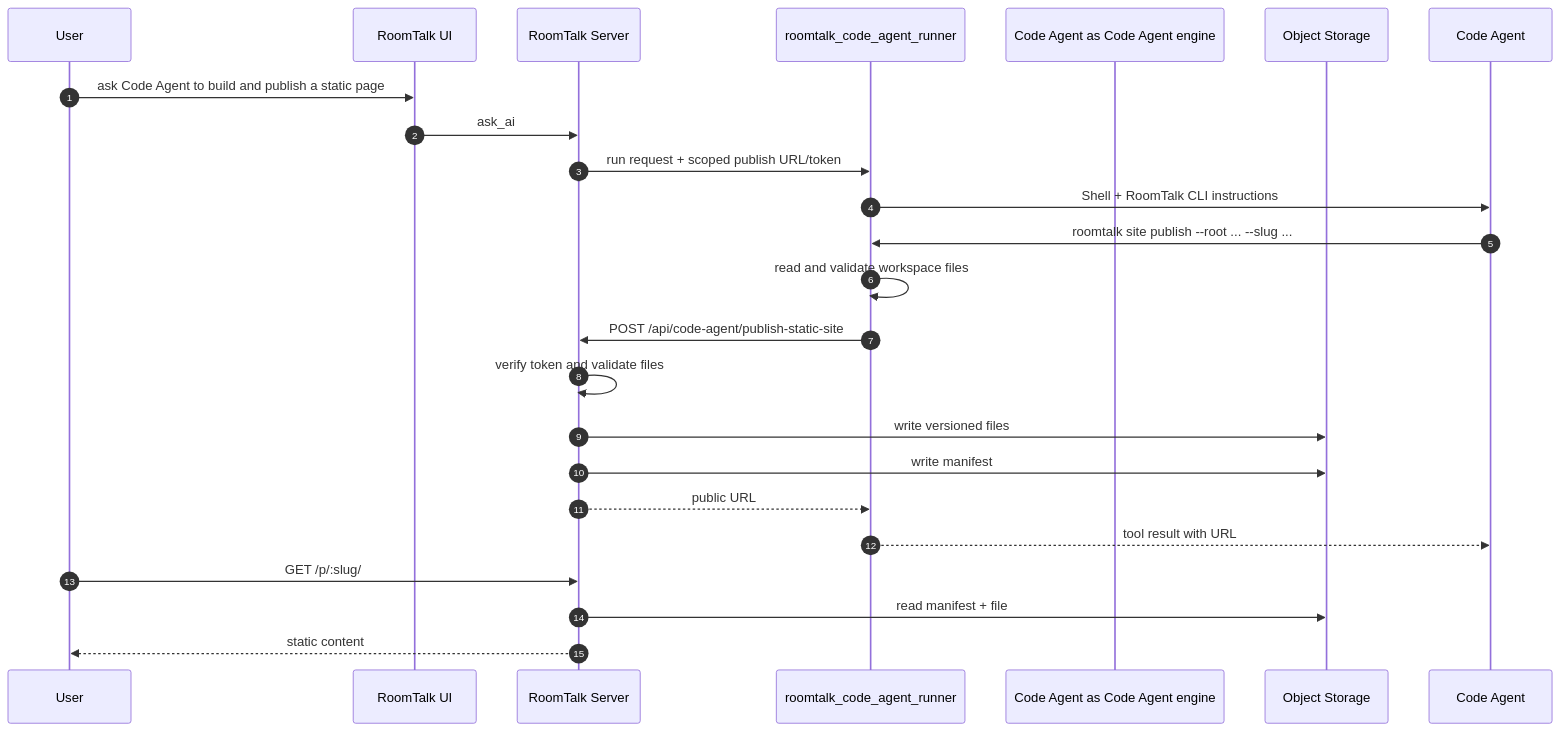
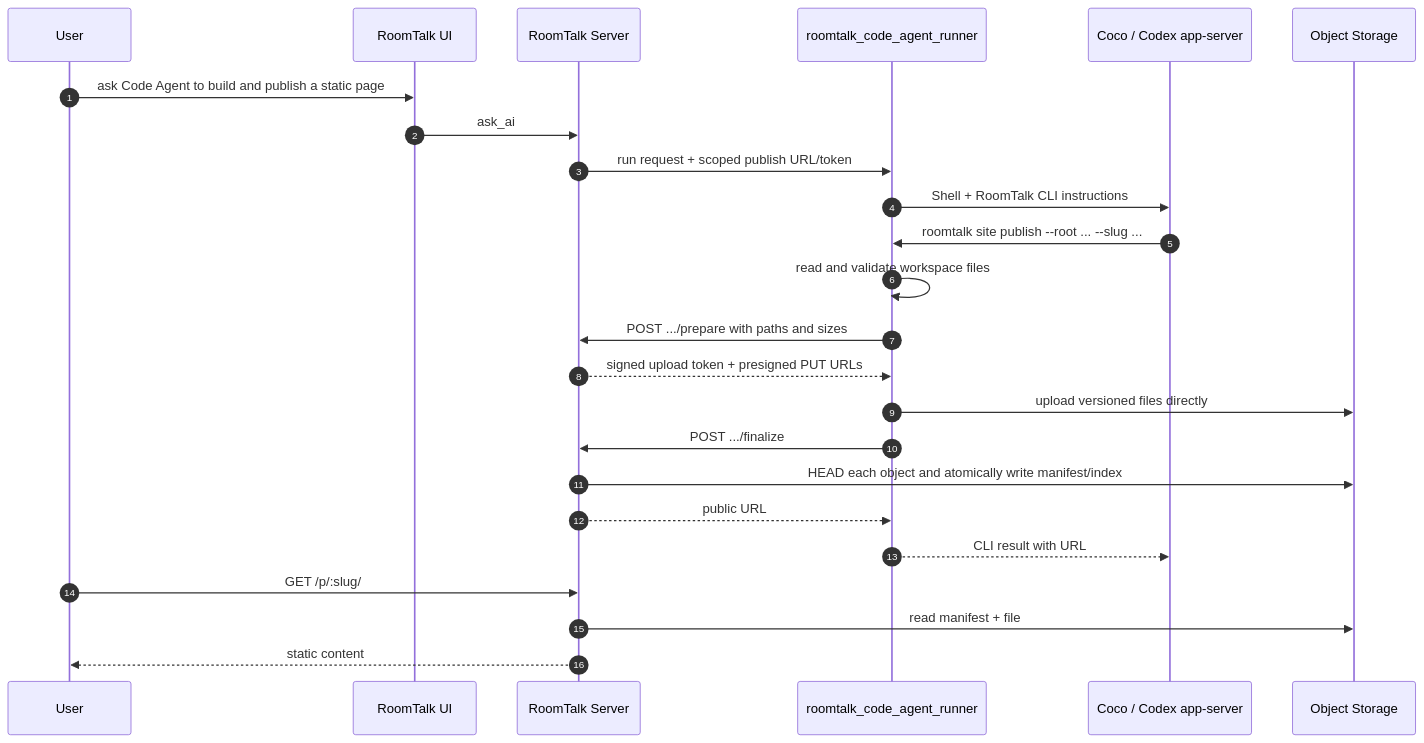
One commit to Skymore/roomtalk changed the diagram in docs/code-agent-static-publish-implementation.md. Above: the diagram before and after it, drawn with Mermaid. The commit also changed other lines of this file and 20 other files, not shown here.

````diff
--- a/docs/code-agent-static-publish-implementation.md
+++ b/docs/code-agent-static-publish-implementation.md
@@ -7,26 +7,27 @@
 ```mermaid
 sequenceDiagram
     autonumber
     participant User
     participant UI as RoomTalk UI
     participant Node as RoomTalk Server
     participant Runner as roomtalk_code_agent_runner
-    participant Code Agent as Code Agent engine
+    participant Agent as Coco / Codex app-server
     participant Store as Object Storage
 
     User->>UI: ask Code Agent to build and publish a static page
     UI->>Node: ask_ai
     Node->>Runner: run request + scoped publish URL/token
-    Runner->>Code Agent: Shell + RoomTalk CLI instructions
-    Code Agent->>Runner: roomtalk site publish --root ... --slug ...
+    Runner->>Agent: Shell + RoomTalk CLI instructions
+    Agent->>Runner: roomtalk site publish --root ... --slug ...
     Runner->>Runner: read and validate workspace files
-    Runner->>Node: POST /api/code-agent/publish-static-site
-    Node->>Node: verify token and validate files
-    Node->>Store: write versioned files
-    Node->>Store: write manifest
+    Runner->>Node: POST .../prepare with paths and sizes
+    Node-->>Runner: signed upload token + presigned PUT URLs
+    Runner->>Store: upload versioned files directly
+    Runner->>Node: POST .../finalize
+    Node->>Store: HEAD each object and atomically write manifest/index
     Node-->>Runner: public URL
-    Runner-->>Code Agent: tool result with URL
+    Runner-->>Agent: CLI result with URL
     User->>Node: GET /p/:slug/
     Node->>Store: read manifest + file
     Node-->>User: static content
 ```
````
